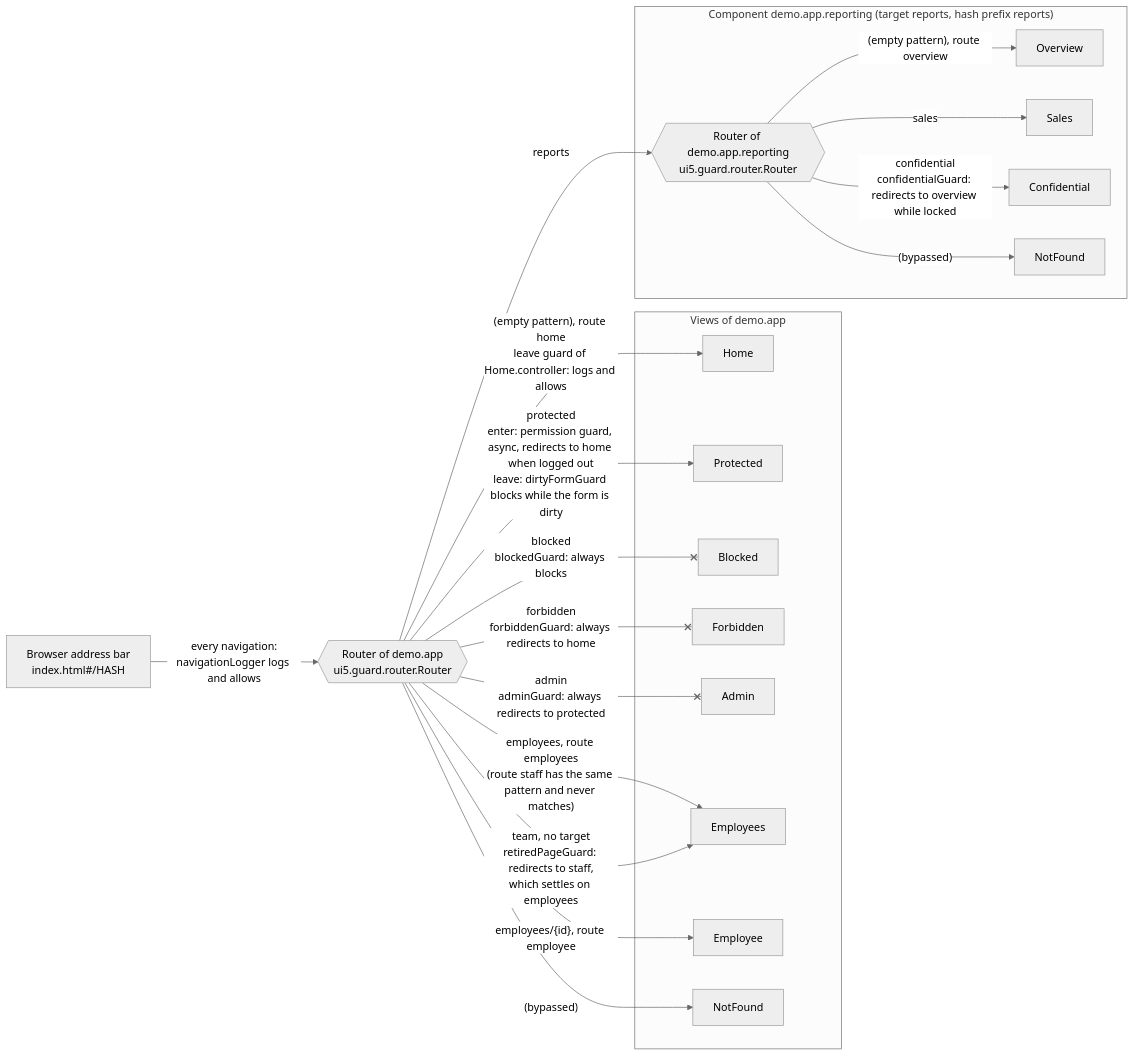
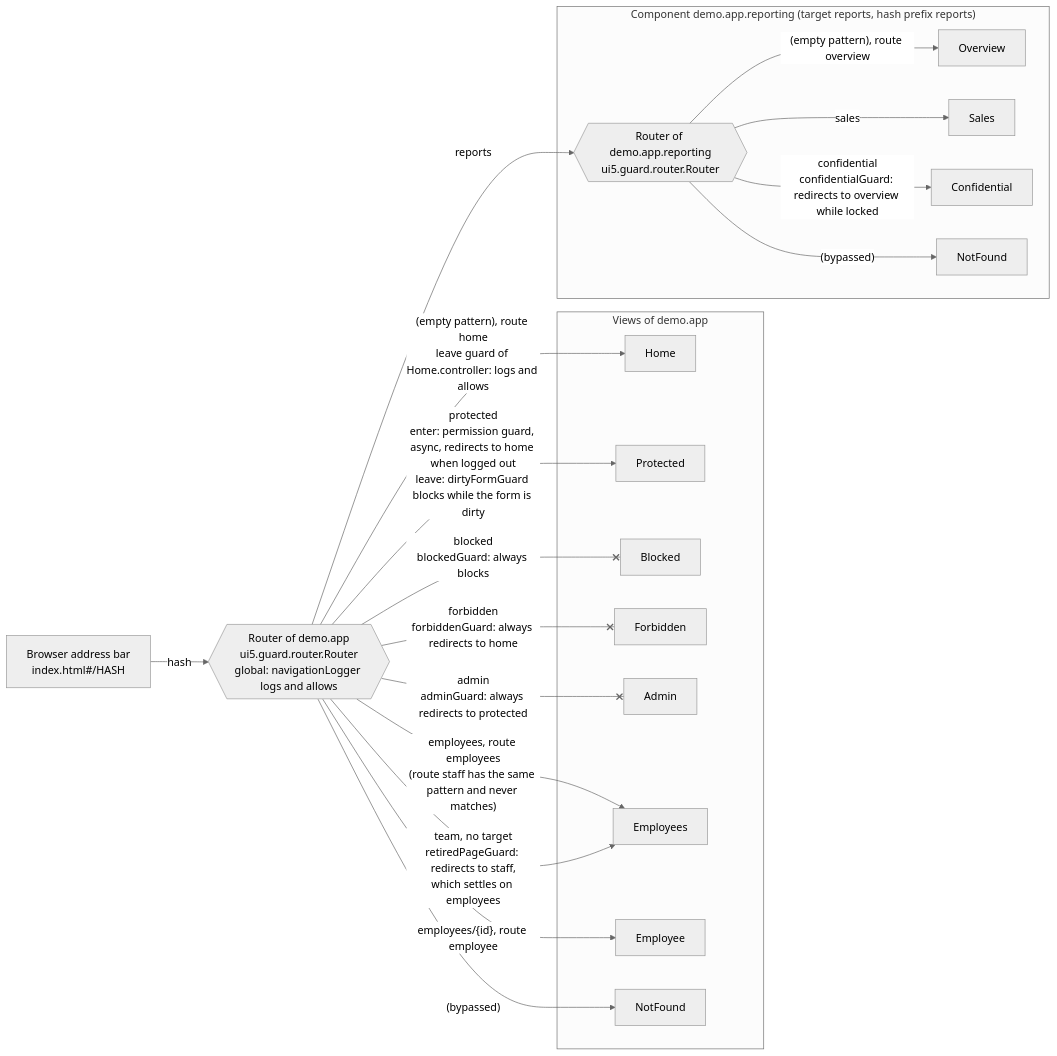
The diagram in packages/demo-app/README.md (wridgeu/ui5-lib-guard-router), drawn with Mermaid (neutral theme) before and after one commit. The commit also changed other lines of this file and 6 other files, not shown here.

First line of the commit message:
docs: align the docs with the awaitingHash branch, the guard module picks and the tooling

````diff
--- a/packages/demo-app/README.md
+++ b/packages/demo-app/README.md
@@ -14,42 +14,42 @@
 ```mermaid
 flowchart LR
     bar["Browser address bar<br/>index.html#/HASH"]
-    router{{"Router of demo.app<br/>ui5.guard.router.Router"}}
+    router{{"Router of demo.app<br/>ui5.guard.router.Router<br/>global: navigationLogger logs and allows"}}
 
     subgraph app ["Views of demo.app"]
         home["Home"]
         protected["Protected"]
         blocked["Blocked"]
         forbidden["Forbidden"]
         admin["Admin"]
         employees["Employees"]
         employee["Employee"]
         notFound["NotFound"]
     end
 
     subgraph reporting ["Component demo.app.reporting (target reports, hash prefix reports)"]
         nestedRouter{{"Router of demo.app.reporting<br/>ui5.guard.router.Router"}}
         overview["Overview"]
         sales["Sales"]
         confidential["Confidential"]
         nestedNotFound["NotFound"]
     end
 
-    bar -- "every navigation:<br/>navigationLogger logs and allows" --> router
+    bar -- "hash" --> router
 
     router -- "(empty pattern), route home<br/>leave guard of Home.controller: logs and allows" --> home
     router -- "protected<br/>enter: permission guard, async, redirects to home when logged out<br/>leave: dirtyFormGuard blocks while the form is dirty" --> protected
     router -- "blocked<br/>blockedGuard: always blocks" --x blocked
     router -- "forbidden<br/>forbiddenGuard: always redirects to home" --x forbidden
     router -- "admin<br/>adminGuard: always redirects to protected" --x admin
     router -- "employees, route employees<br/>(route staff has the same pattern and never matches)" --> employees
     router -- "team, no target<br/>retiredPageGuard: redirects to staff,<br/>which settles on employees" --> employees
     router -- "employees/{id}, route employee" --> employee
     router -- "reports" --> nestedRouter
     router -- "(bypassed)" --> notFound
 
     nestedRouter -- "(empty pattern), route overview" --> overview
     nestedRouter -- "sales" --> sales
     nestedRouter -- "confidential<br/>confidentialGuard: redirects to overview while locked" --> confidential
     nestedRouter -- "(bypassed)" --> nestedNotFound
 ```
````
